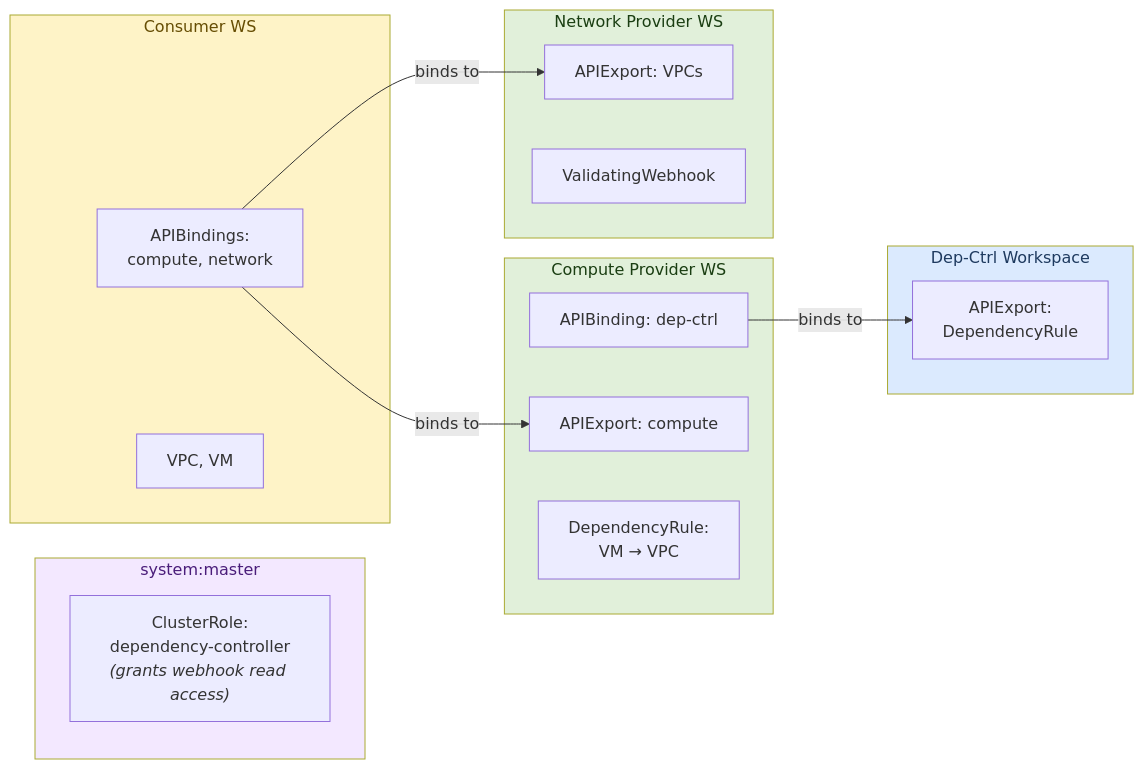
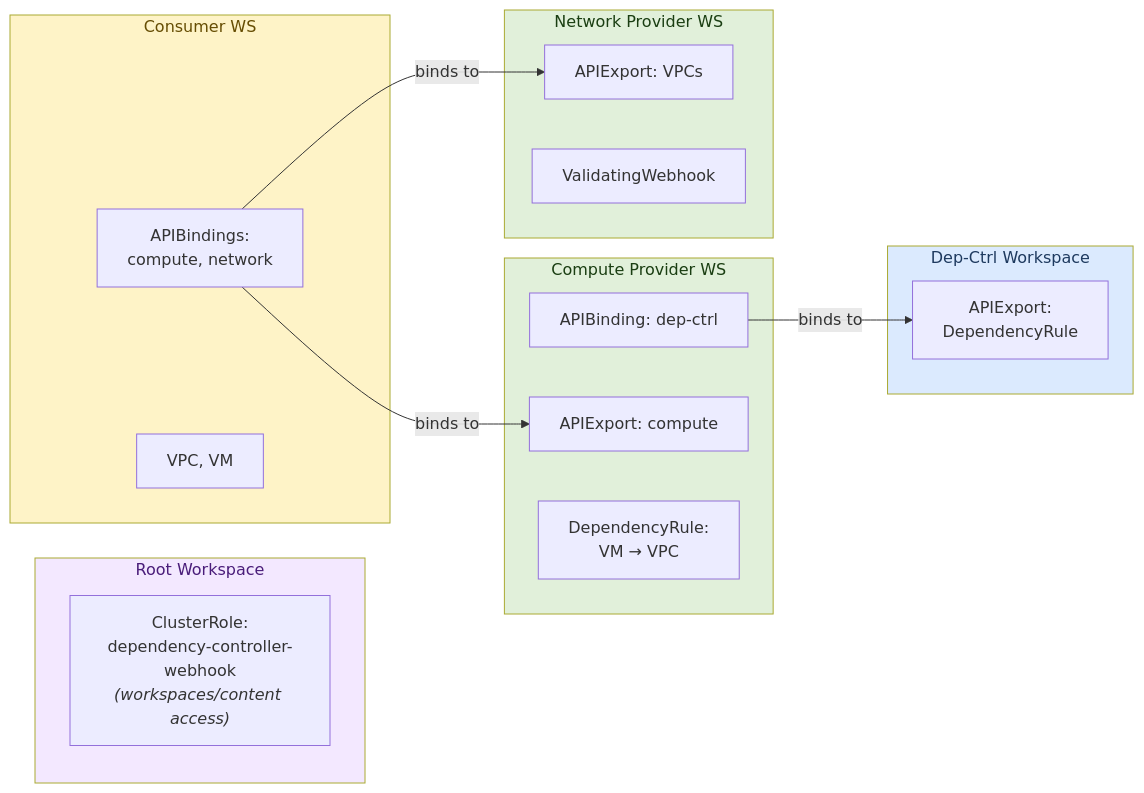
Before and after one commit to opendefensecloud/dependency-controller: the first of 2 diagrams in docs/architecture.md, drawn with Mermaid. The commit also changed other lines of this file and 3 other files, not shown here.

````diff
--- a/docs/architecture.md
+++ b/docs/architecture.md
@@ -25,36 +25,36 @@
 ```mermaid
 graph LR
     subgraph DC["Dep-Ctrl Workspace"]
         DCExport["APIExport:<br/>DependencyRule"]
     end
 
     subgraph CP["Compute Provider WS"]
         CPBinding["APIBinding: dep-ctrl"]
         CPExport["APIExport: compute"]
         CPRule["DependencyRule:<br/>VM → VPC"]
     end
 
     subgraph NP["Network Provider WS"]
         NPExport["APIExport: VPCs"]
         NPWebhook["ValidatingWebhook"]
     end
 
-    subgraph SM["system:master"]
-        SMROLE["ClusterRole:<br/>dependency-controller<br/><i>(grants webhook read access)</i>"]
+    subgraph ROOT["Root Workspace"]
+        ROOTROLE["ClusterRole:<br/>dependency-controller-webhook<br/><i>(workspaces/content access)</i>"]
     end
 
     subgraph CW["Consumer WS"]
         CWBindings["APIBindings:<br/>compute, network"]
         CWResources["VPC, VM"]
     end
 
     CPBinding -->|binds to| DCExport
     CWBindings -->|binds to| CPExport
     CWBindings -->|binds to| NPExport
 
     style DC fill:#dbeafe,color:#1e3a5f
     style CP fill:#e1f0da,color:#1a3e12
     style NP fill:#e1f0da,color:#1a3e12
-    style SM fill:#f3e8ff,color:#4a1d7a
+    style ROOT fill:#f3e8ff,color:#4a1d7a
     style CW fill:#fef3c7,color:#664d03
 ```
````
